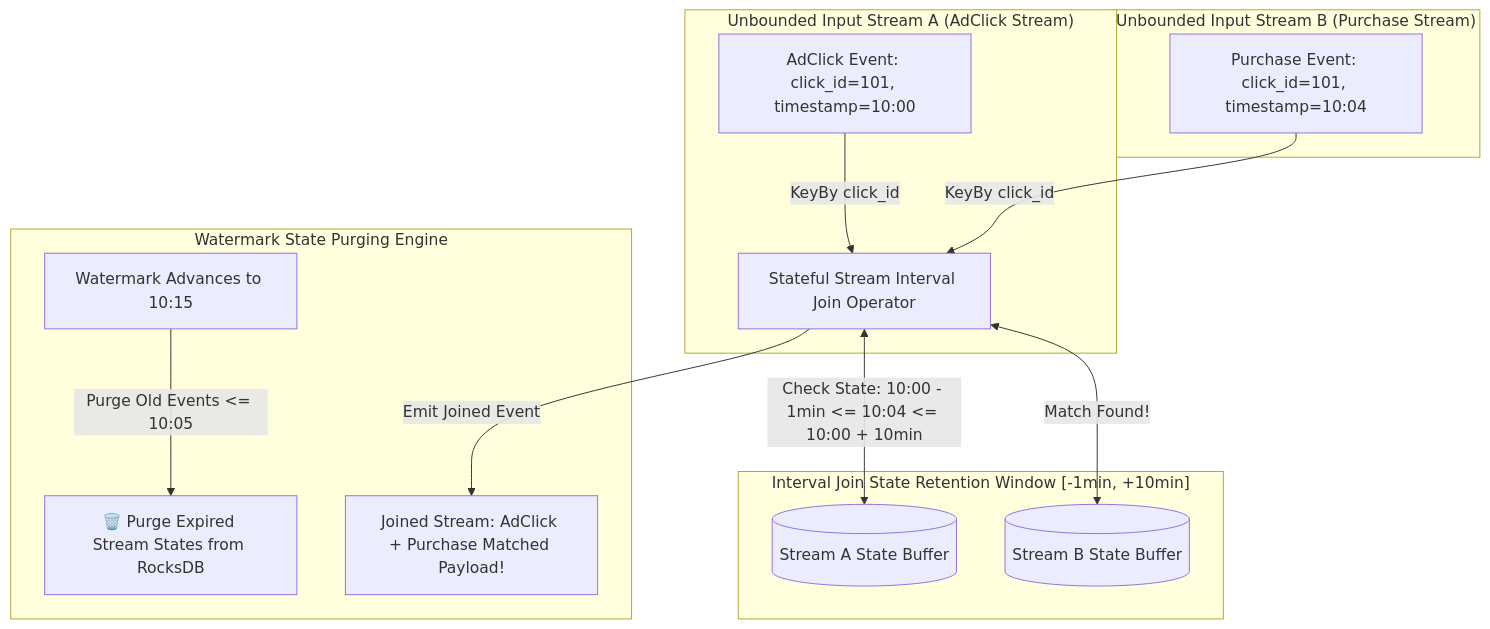
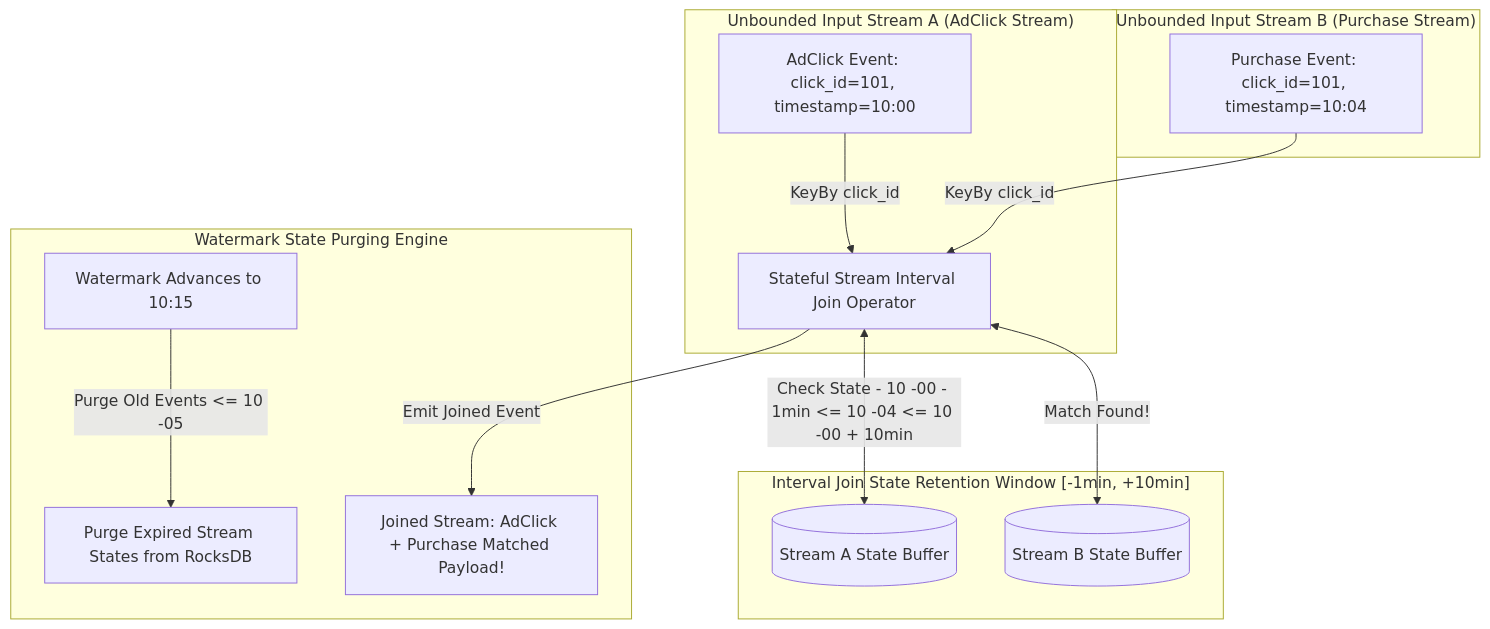
One commit to akmalkhaniub/akmalkhaniub.github.io changed the diagram in blog/posts/event-driven-stream-joins-interval-joins-watermarks.md. Above: the diagram before and after it, drawn with Mermaid. The commit also changed 411 other files, not shown here.

````diff
--- a/blog/posts/event-driven-stream-joins-interval-joins-watermarks.md
+++ b/blog/posts/event-driven-stream-joins-interval-joins-watermarks.md
@@ -21,20 +21,20 @@
 ```mermaid
-graph TD
+flowchart TD
   subgraph SG1_UnboundedInputStream ["Unbounded Input Stream A (AdClick Stream)"]
     ClickStream[AdClick Event: click_id=101, timestamp=10:00] -->|KeyBy click_id| JoinOp[Stateful Stream Interval Join Operator]
   end
   
   subgraph SG2_UnboundedInputStream ["Unbounded Input Stream B (Purchase Stream)"]
     PurchaseStream[Purchase Event: click_id=101, timestamp=10:04] -->|KeyBy click_id| JoinOp
   end
   
   subgraph SG3_IntervalJoinState ["Interval Join State Retention Window [-1min, +10min]"]
-    JoinOp <-->|Check State: 10:00 - 1min <= 10:04 <= 10:00 + 10min| StateA[(Stream A State Buffer)]
+    JoinOp <-->|Check State - 10 -00 - 1min <= 10 -04 <= 10 -00 + 10min| StateA[(Stream A State Buffer)]
     JoinOp <-->|Match Found!| StateB[(Stream B State Buffer)]
   end
   
   subgraph SG4_WatermarkStatePurging ["Watermark State Purging Engine"]
-    Watermark[Watermark Advances to 10:15] -->|Purge Old Events <= 10:05| EvictState[🗑️ Purge Expired Stream States from RocksDB]
+    Watermark[Watermark Advances to 10:15] -->|Purge Old Events <= 10 -05| EvictState[ Purge Expired Stream States from RocksDB]
     JoinOp -->|Emit Joined Event| Output[Joined Stream: AdClick + Purchase Matched Payload!]
   end
 ```
````
